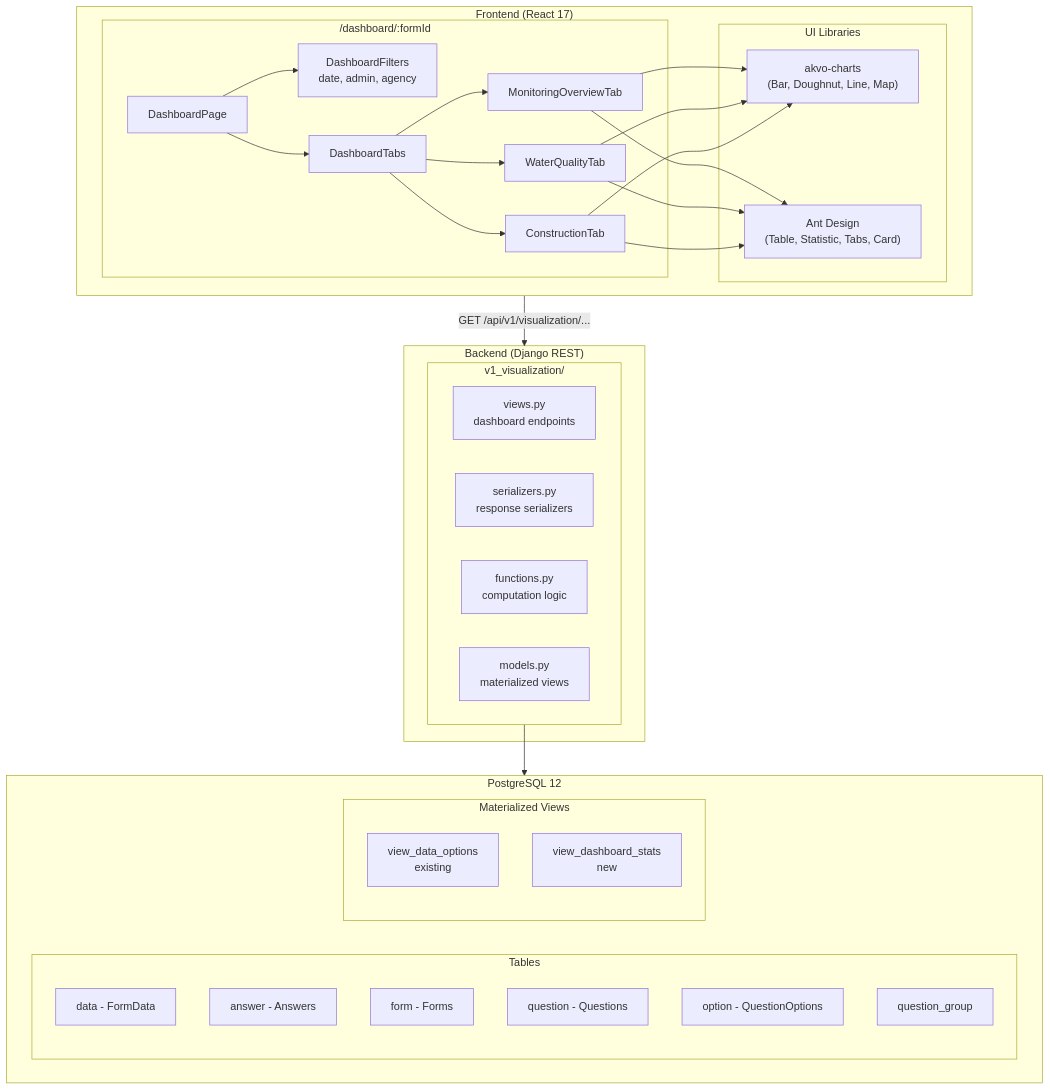
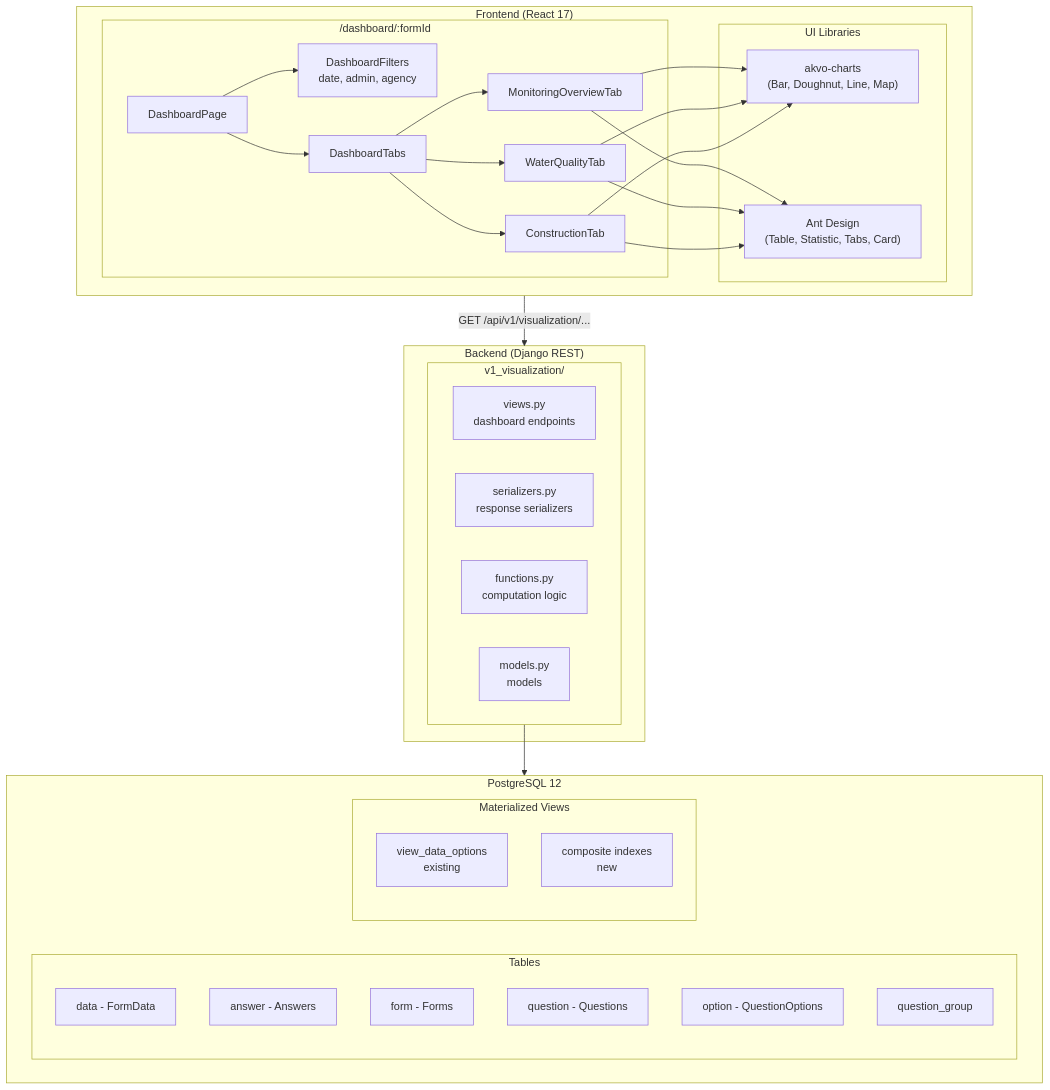
Before and after one commit to akvo/iwsims: the first of 3 diagrams in doc/claude/dashboard-visualization-design-spec.md, drawn with Mermaid. The commit also changed other lines of this file and 2 other files, not shown here.

First line of the commit message:
[#186] docs: add generic visualization API spec, replace materialized views with indexes

````diff
--- a/doc/claude/dashboard-visualization-design-spec.md
+++ b/doc/claude/dashboard-visualization-design-spec.md
@@ -5,56 +5,56 @@
 ```mermaid
 graph TB
     subgraph Frontend["Frontend (React 17)"]
         subgraph Page["/dashboard/:formId"]
             DP[DashboardPage]
             DF[DashboardFilters<br/>date, admin, agency]
             DT[DashboardTabs]
             MOT[MonitoringOverviewTab]
             WQT[WaterQualityTab]
             CT[ConstructionTab]
         end
         subgraph Libs["UI Libraries"]
             AC["akvo-charts<br/>(Bar, Doughnut, Line, Map)"]
             AD["Ant Design<br/>(Table, Statistic, Tabs, Card)"]
         end
     end
 
     subgraph Backend["Backend (Django REST)"]
         subgraph Viz["v1_visualization/"]
             V[views.py<br/>dashboard endpoints]
             S[serializers.py<br/>response serializers]
             F[functions.py<br/>computation logic]
-            M[models.py<br/>materialized views]
+            M[models.py<br/>models]
         end
     end
 
     subgraph DB["PostgreSQL 12"]
         subgraph Tables
             T1[data - FormData]
             T2[answer - Answers]
             T3[form - Forms]
             T4[question - Questions]
             T5[option - QuestionOptions]
             T6[question_group]
         end
         subgraph MatViews["Materialized Views"]
             MV1[view_data_options<br/>existing]
-            MV2[view_dashboard_stats<br/>new]
+            MV2[composite indexes<br/>new]
         end
     end
 
     DP --> DF
     DP --> DT
     DT --> MOT
     DT --> WQT
     DT --> CT
     MOT --> AC
     WQT --> AC
     CT --> AC
     MOT --> AD
     WQT --> AD
     CT --> AD
 
     Frontend -- "GET /api/v1/visualization/..." --> Backend
     Viz --> DB
 ```
````
